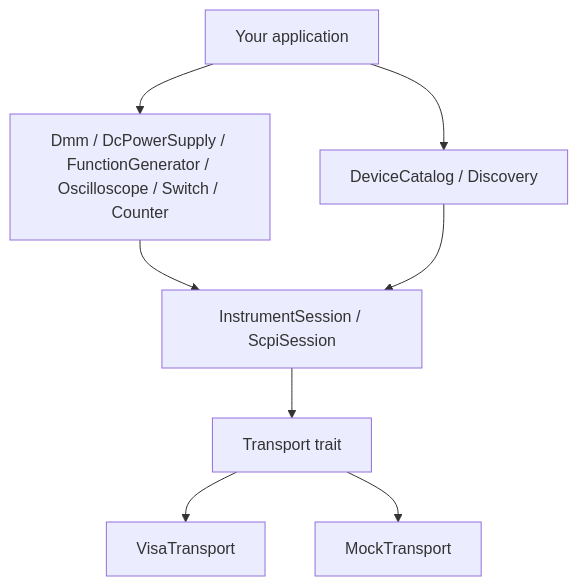
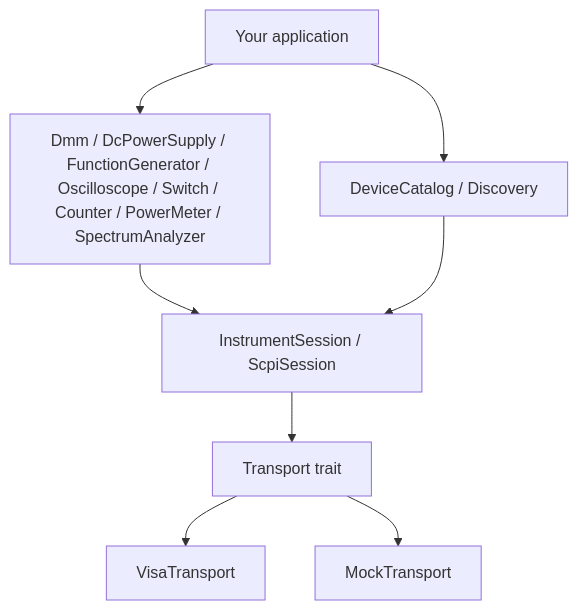
The diagram in docs/architecture.md (josh-hemphill/instrument-componenets-rs), drawn with Mermaid before and after one commit. The commit also changed other lines of this file and 20 other files, not shown here.

````diff
--- a/docs/architecture.md
+++ b/docs/architecture.md
@@ -15,18 +15,18 @@
 ```mermaid
 flowchart TB
   App[Your application]
-  Typed[Dmm / DcPowerSupply / FunctionGenerator / Oscilloscope / Switch / Counter]
+  Typed[Dmm / DcPowerSupply / FunctionGenerator / Oscilloscope / Switch / Counter / PowerMeter / SpectrumAnalyzer]
   Catalog[DeviceCatalog / Discovery]
   Session[InstrumentSession / ScpiSession]
   Transport[Transport trait]
   Visa[VisaTransport]
   Mock[MockTransport]
 
   App --> Typed
   App --> Catalog
   Typed --> Session
   Catalog --> Session
   Session --> Transport
   Transport --> Visa
   Transport --> Mock
 ```
````
